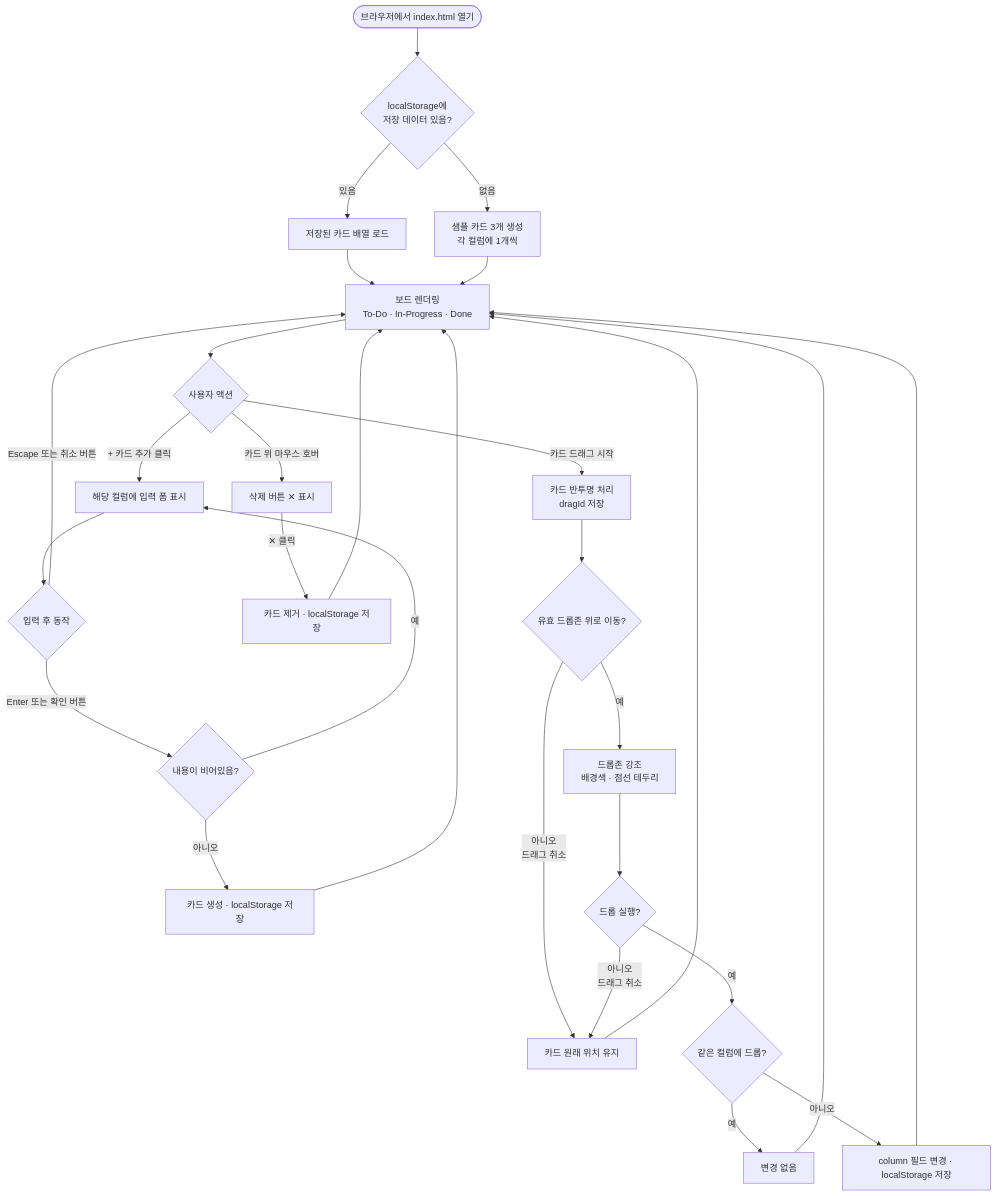
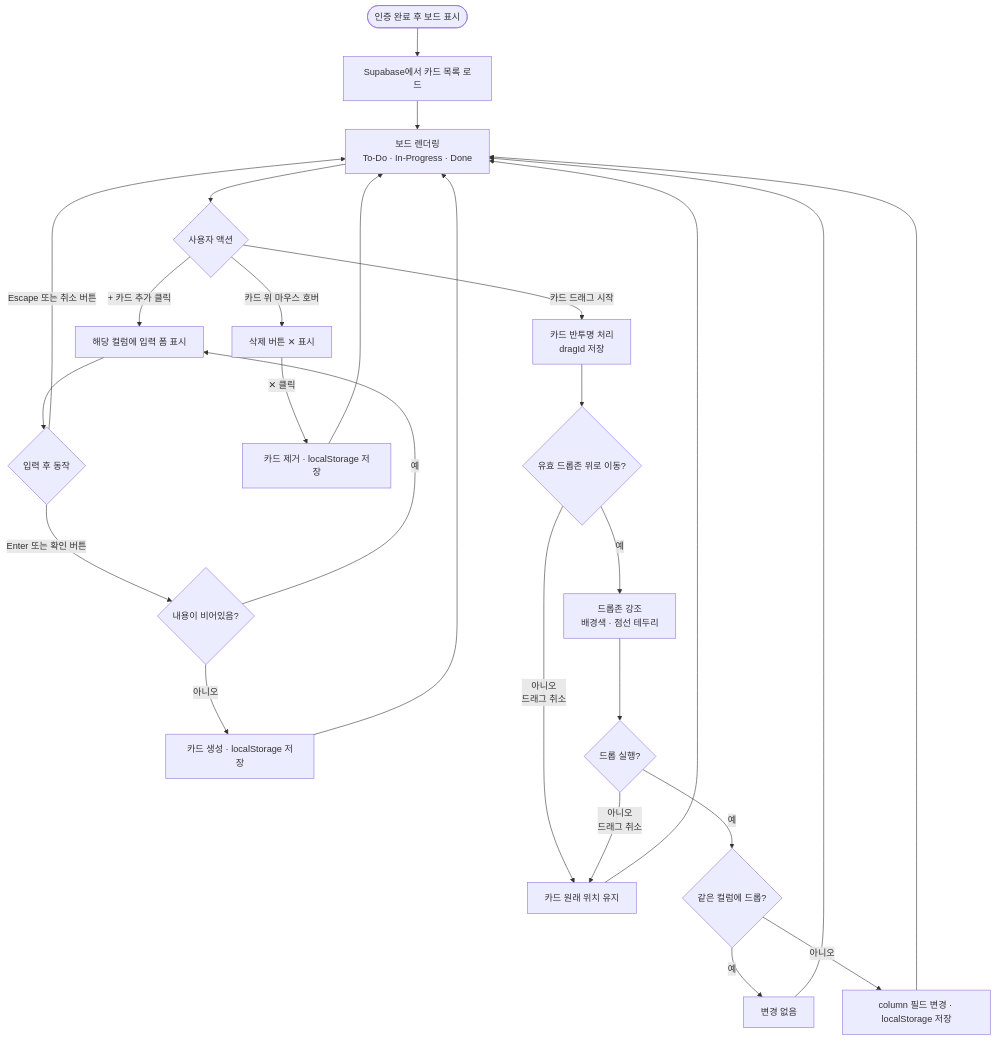
The second of 4 diagrams in UserFlow.md (ksl3011/TEST_KANBAN), drawn with Mermaid before and after one commit. The commit also changed other lines of this file and 11 other files, not shown here.

````diff
--- a/UserFlow.md
+++ b/UserFlow.md
@@ -5,38 +36,35 @@
 ```mermaid
 flowchart TD
-    A([브라우저에서 index.html 열기]) --> B{localStorage에\n저장 데이터 있음?}
-    B -- 있음 --> C[저장된 카드 배열 로드]
-    B -- 없음 --> D[샘플 카드 3개 생성\n각 컬럼에 1개씩]
-    C --> E[보드 렌더링\nTo-Do · In-Progress · Done]
-    D --> E
+    A([인증 완료 후 보드 표시]) --> B[Supabase에서 카드 목록 로드]
+    B --> E[보드 렌더링\nTo-Do · In-Progress · Done]
 
     E --> F{사용자 액션}
 
     %% 카드 추가 흐름
     F -- "+ 카드 추가" 클릭 --> G[해당 컬럼에 입력 폼 표시]
     G --> H{입력 후 동작}
     H -- Enter 또는 확인 버튼 --> I{내용이 비어있음?}
     I -- 아니오 --> J[카드 생성 · localStorage 저장]
     I -- 예 --> G
     J --> E
     H -- Escape 또는 취소 버튼 --> E
 
     %% 카드 삭제 흐름
     F -- 카드 위 마우스 호버 --> K[삭제 버튼 ✕ 표시]
     K -- ✕ 클릭 --> L[카드 제거 · localStorage 저장]
     L --> E
 
     %% 드래그 앤 드롭 흐름
     F -- 카드 드래그 시작 --> M[카드 반투명 처리\ndragId 저장]
     M --> N{유효 드롭존 위로 이동?}
     N -- 예 --> O[드롭존 강조\n배경색 · 점선 테두리]
     N -- 아니오\n드래그 취소 --> P[카드 원래 위치 유지]
     P --> E
     O --> Q{드롭 실행?}
     Q -- 예 --> R{같은 컬럼에 드롭?}
     R -- 예 --> S[변경 없음]
     R -- 아니오 --> T[column 필드 변경 · localStorage 저장]
     S --> E
     T --> E
     Q -- 아니오\n드래그 취소 --> P
 ```
````
